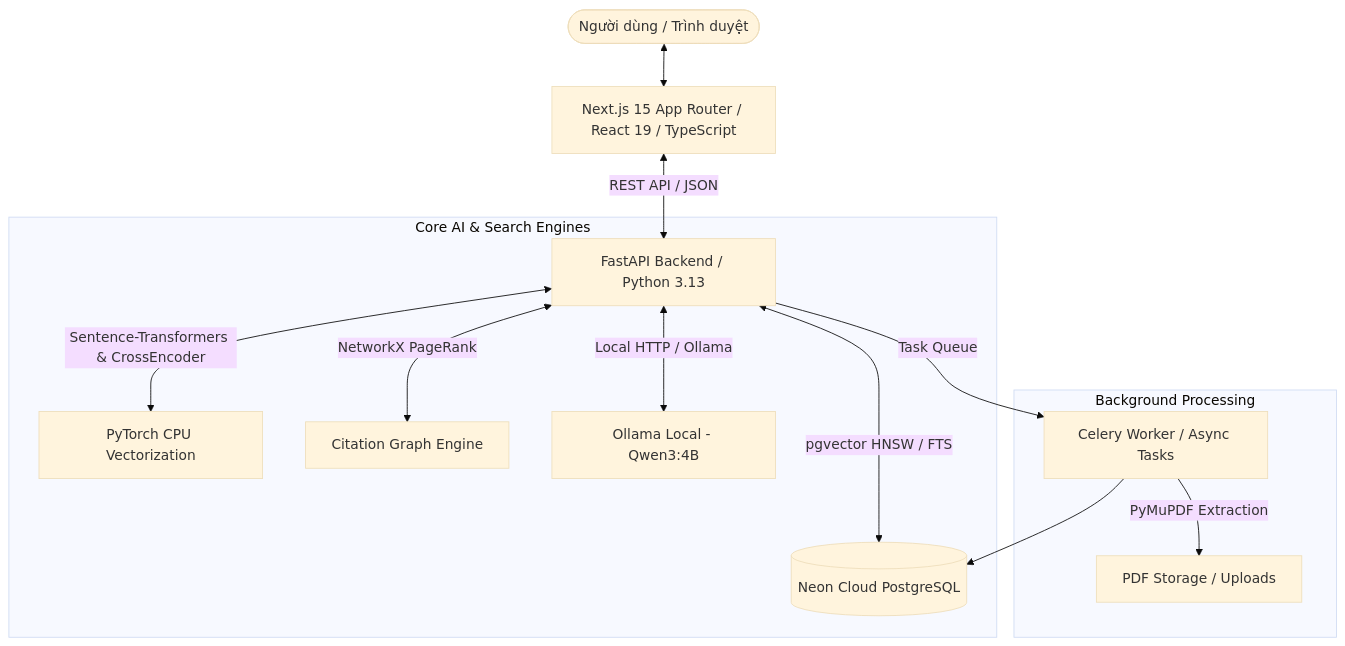
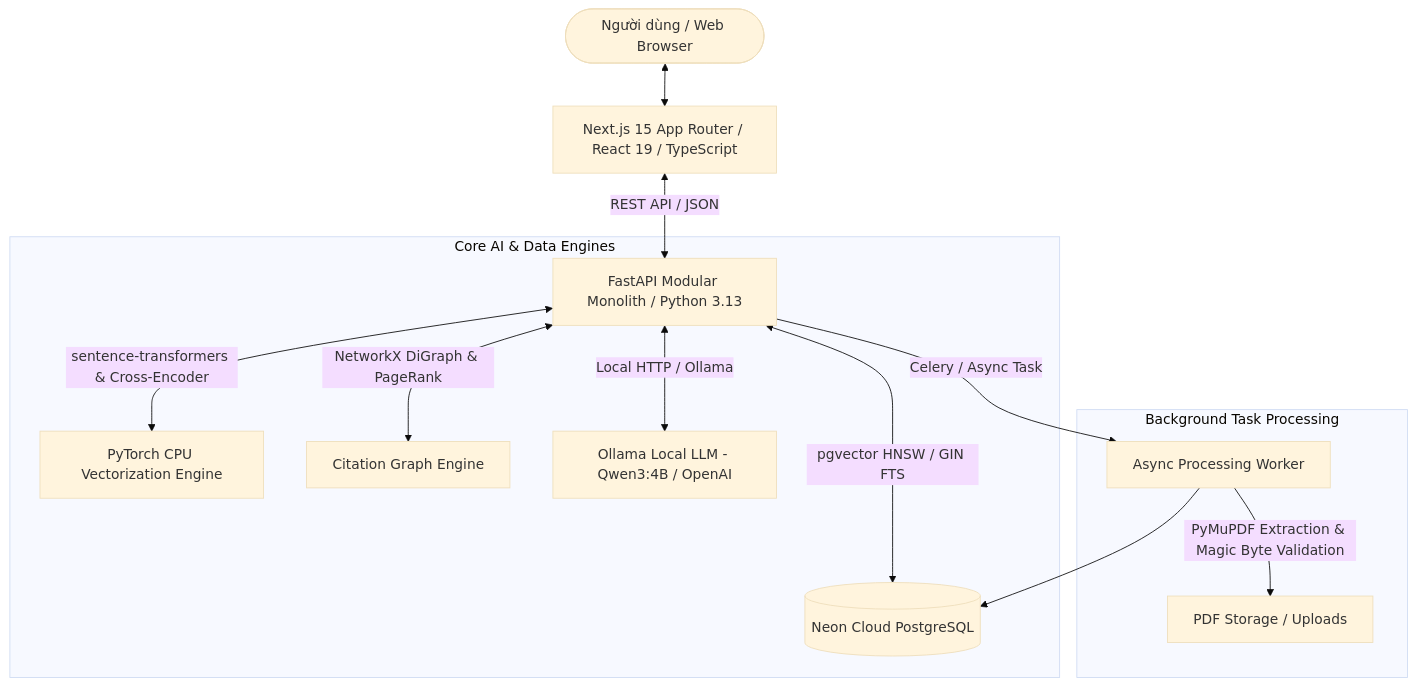
One commit to ngtd-2609/OpenResearch-Graph changed the diagram in README.md. Above: the diagram before and after it, drawn with Mermaid (base theme). The commit also changed other lines of this file and 13 other files, not shown here.

Commit message:
feat(audit-v2): optimize core search, graph SQL queries, PDF security, email verification, library tags & copyright update to Nguyen Tung Duong

````diff
--- a/README.md
+++ b/README.md
@@ -31,18 +41,18 @@
 ```mermaid
 flowchart TD
-    User([Người dùng / Trình duyệt]) <--> Frontend[Next.js 15 App Router / React 19 / TypeScript]
-    Frontend <--> |REST API / JSON| Backend[FastAPI Backend / Python 3.13]
+    User([Người dùng / Web Browser]) <--> Frontend[Next.js 15 App Router / React 19 / TypeScript]
+    Frontend <--> |REST API / JSON| Backend[FastAPI Modular Monolith / Python 3.13]
     
-    subgraph Core AI & Search Engines
-        Backend <--> |pgvector HNSW / FTS| DB[(Neon Cloud PostgreSQL)]
-        Backend <--> |Sentence-Transformers & CrossEncoder| ML[PyTorch CPU Vectorization]
-        Backend <--> |NetworkX PageRank| GraphEngine[Citation Graph Engine]
-        Backend <--> |Local HTTP / Ollama| LLM[Ollama Local - Qwen3:4B]
+    subgraph Core AI & Data Engines
+        Backend <--> |pgvector HNSW / GIN FTS| DB[(Neon Cloud PostgreSQL)]
+        Backend <--> |sentence-transformers & Cross-Encoder| ML[PyTorch CPU Vectorization Engine]
+        Backend <--> |NetworkX DiGraph & PageRank| GraphEngine[Citation Graph Engine]
+        Backend <--> |Local HTTP / Ollama| LLM[Ollama Local LLM - Qwen3:4B / OpenAI]
     end
     
-    subgraph Background Processing
-        Backend --> |Task Queue| CeleryWorker[Celery Worker / Async Tasks]
-        CeleryWorker --> |PyMuPDF Extraction| Storage[PDF Storage / Uploads]
-        CeleryWorker --> DB
+    subgraph Background Task Processing
+        Backend --> |Celery / Async Task| Worker[Async Processing Worker]
+        Worker --> |PyMuPDF Extraction & Magic Byte Validation| Storage[PDF Storage / Uploads]
+        Worker --> DB
     end
 ```
````
